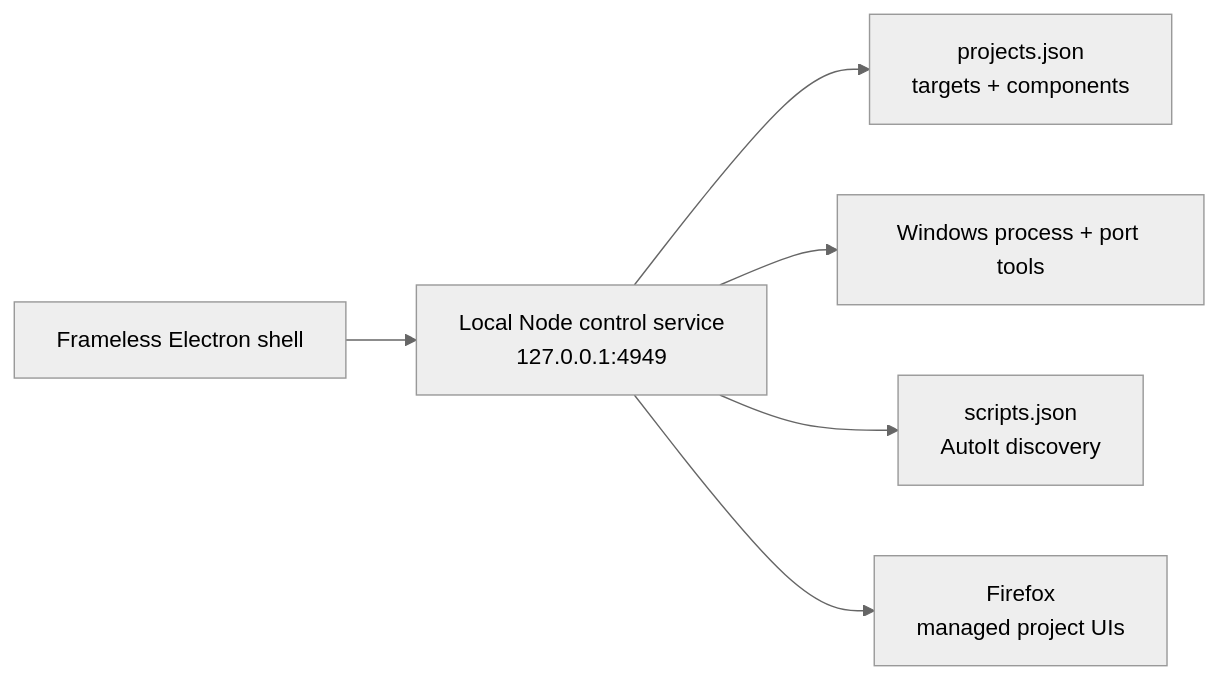
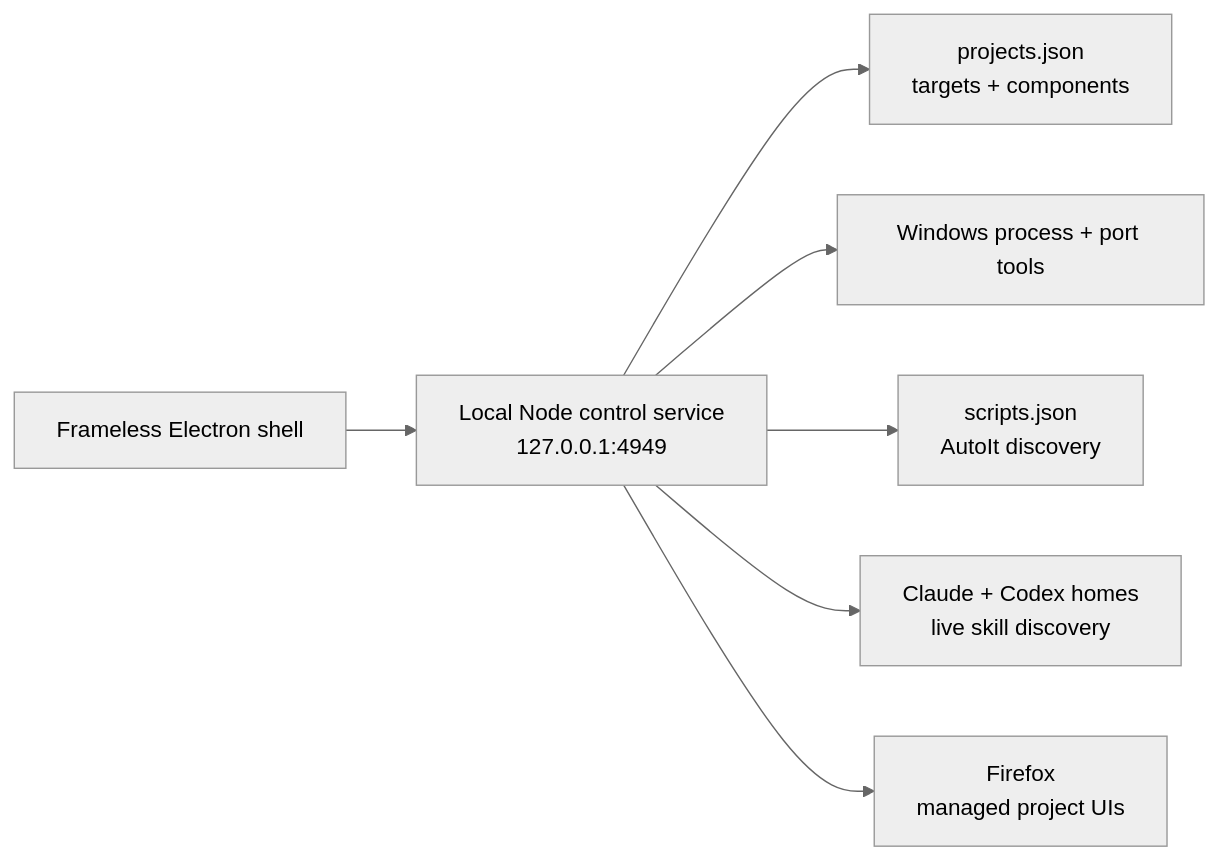
Before and after one commit to alfonza1/hackers-lair: the diagram in README.md, drawn with Mermaid (neutral theme). The commit also changed other lines of this file and 1 other file, not shown here.

Commit message:
ui: add skill registry surface

````diff
--- a/README.md
+++ b/README.md
@@ -58,8 +59,9 @@
 ```mermaid
 flowchart LR
     UI["Frameless Electron shell"] --> API["Local Node control service<br/>127.0.0.1:4949"]
     API --> PROJECTS["projects.json<br/>targets + components"]
     API --> WINDOWS["Windows process + port tools"]
     API --> SCRIPTS["scripts.json<br/>AutoIt discovery"]
+    API --> SKILLS["Claude + Codex homes<br/>live skill discovery"]
     API --> FIREFOX["Firefox<br/>managed project UIs"]
 ```
````
